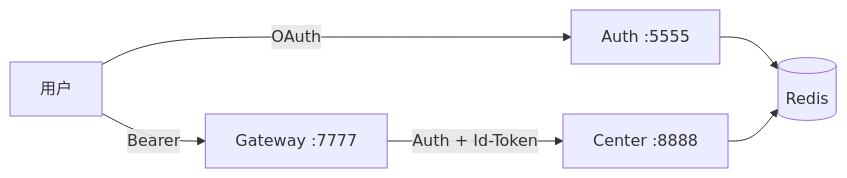
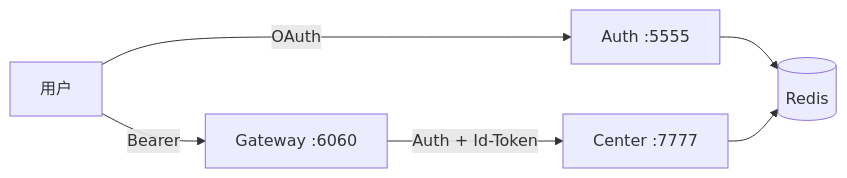
The diagram in docs/auth-access-system.md (numen06/JBM), drawn with Mermaid before and after one commit. The commit also changed other lines of this file and 24 other files, not shown here.

````diff
--- a/docs/auth-access-system.md
+++ b/docs/auth-access-system.md
@@ -20,8 +20,8 @@
 ```mermaid
 flowchart LR
     U[用户] -->|OAuth| A[Auth :5555]
     A --> R[(Redis)]
-    U -->|Bearer| G[Gateway :7777]
-    G -->|Auth + Id-Token| C[Center :8888]
+    U -->|Bearer| G[Gateway :6060]
+    G -->|Auth + Id-Token| C[Center :7777]
     C --> R
 ```
````
